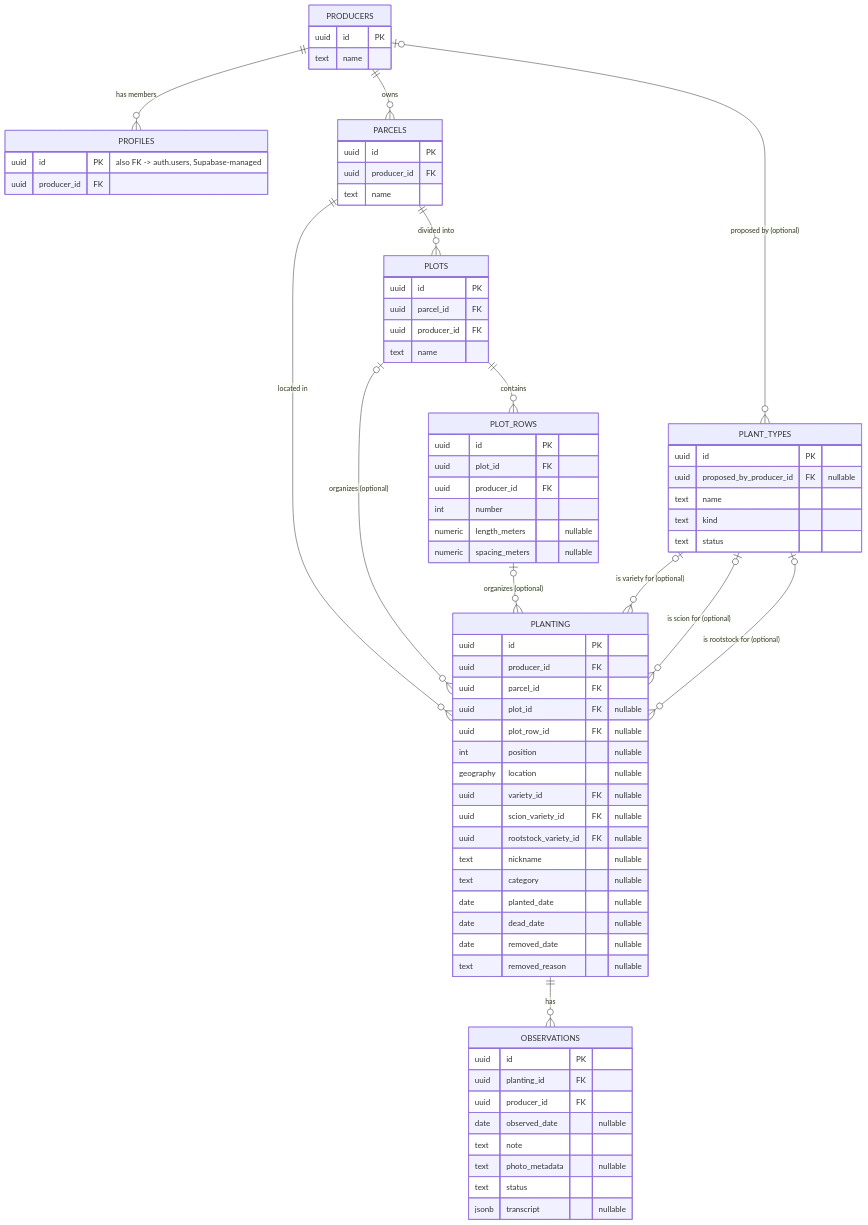
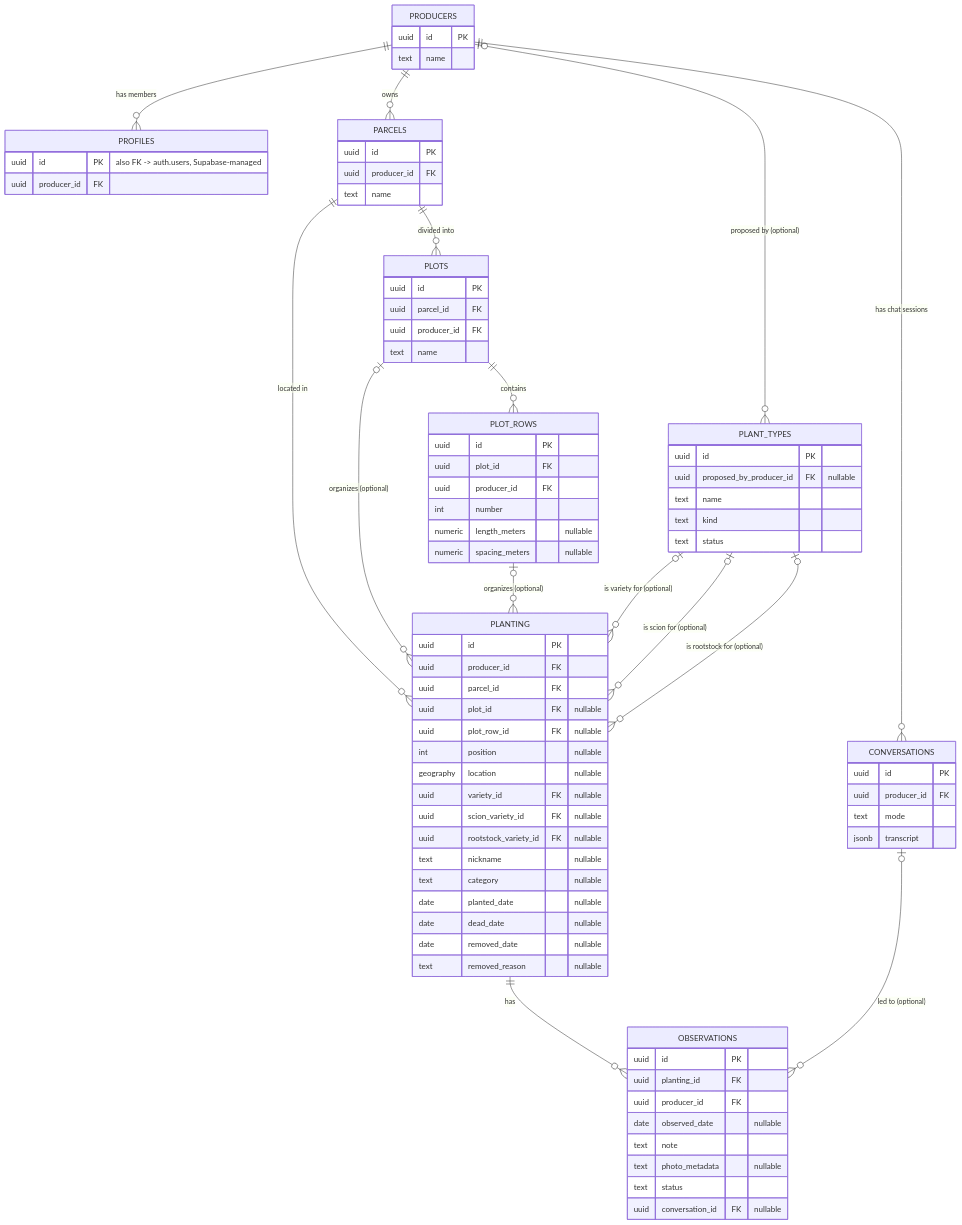
The diagram in docs/data-model.md (sethschrage/growdy), drawn with Mermaid before and after one commit. The commit also changed other lines of this file and 3 other files, not shown here.

````diff
--- a/docs/data-model.md
+++ b/docs/data-model.md
@@ -67,7 +67,13 @@
         text note
         text photo_metadata "nullable"
         text status
-        jsonb transcript "nullable"
+        uuid conversation_id FK "nullable"
+    }
+    CONVERSATIONS {
+        uuid id PK
+        uuid producer_id FK
+        text mode
+        jsonb transcript
     }
 
     PRODUCERS ||--o{ PROFILES : "has members"
@@ -82,4 +88,6 @@
     PLANT_TYPES |o--o{ PLANTING : "is scion for (optional)"
     PLANT_TYPES |o--o{ PLANTING : "is rootstock for (optional)"
     PRODUCERS |o--o{ PLANT_TYPES : "proposed by (optional)"
+    PRODUCERS ||--o{ CONVERSATIONS : "has chat sessions"
+    CONVERSATIONS |o--o{ OBSERVATIONS : "led to (optional)"
 ```
````
